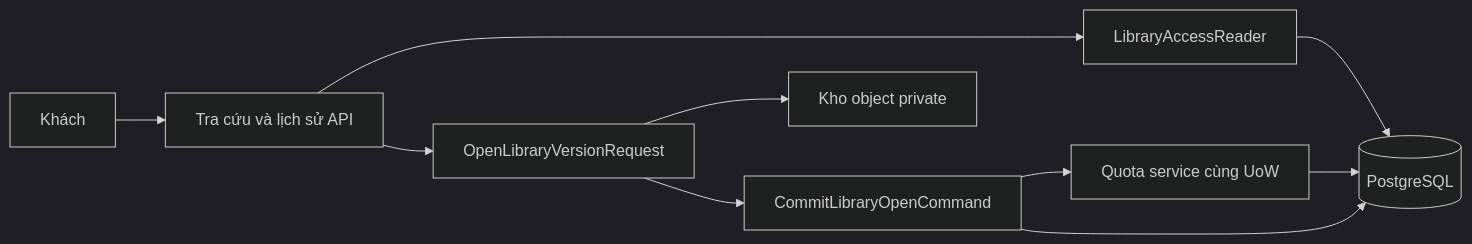
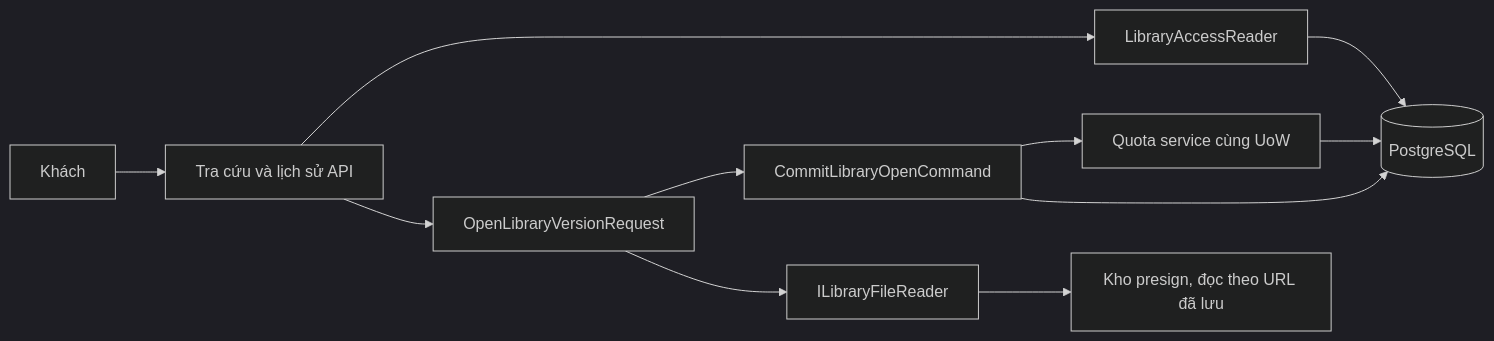
One commit to TaskCoper/bmt-documentation changed the first of 5 diagrams in tdd/TDD-LIB-002.md. Above: the diagram before and after it, drawn with Mermaid (dark theme). The commit also changed other lines of this file and 25 other files, not shown here.

First line of the commit message:
docs: trả nợ tài liệu sau đợt 2 (CSRF, lưu URL cho PROJ/LIB, SUB, RBAC, PAY)

````diff
--- a/tdd/TDD-LIB-002.md
+++ b/tdd/TDD-LIB-002.md
@@ -87,12 +87,13 @@
 ```mermaid
 flowchart LR
     C[Khách] --> API[Tra cứu và lịch sử API]
     API --> ACCESS[LibraryAccessReader]
     API --> OPEN[OpenLibraryVersionRequest]
     OPEN --> COMMIT[CommitLibraryOpenCommand]
     COMMIT --> SUB[Quota service cùng UoW]
     ACCESS --> DB[(PostgreSQL)]
     SUB --> DB
     COMMIT --> DB
-    OPEN --> STORE[Kho object private]
+    OPEN --> FR[ILibraryFileReader]
+    FR --> STORE[Kho presign, đọc theo URL đã lưu]
 ```
````
